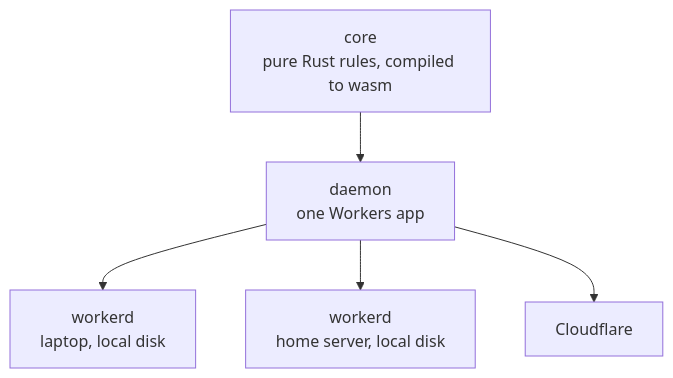
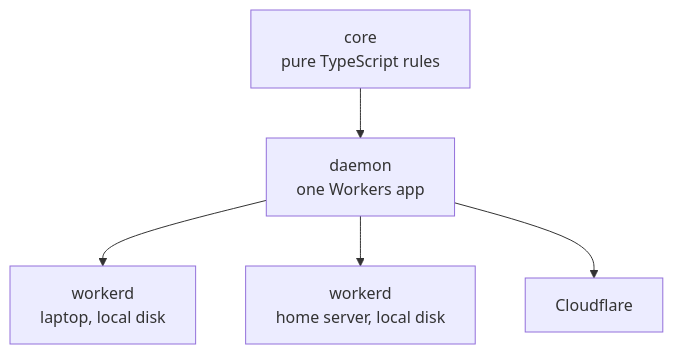
One commit to StevenJPx2/workhorse changed the first of 2 diagrams in daemon/docs/architecture.md. Above: the diagram before and after it, drawn with Mermaid. The commit also changed other lines of this file and 1 other file, not shown here.

First line of the commit message:
docs(daemon): TypeScript core in a workerd-only daemon

````diff
--- a/daemon/docs/architecture.md
+++ b/daemon/docs/architecture.md
@@ -7,7 +7,7 @@
 ```mermaid
 flowchart TB
-    Core["core<br/>pure Rust rules, compiled to wasm"] --> Daemon["daemon<br/>one Workers app"]
+    Core["core<br/>pure TypeScript rules"] --> Daemon["daemon<br/>one Workers app"]
     Daemon --> Laptop["workerd<br/>laptop, local disk"]
     Daemon --> Home["workerd<br/>home server, local disk"]
     Daemon --> Cloud["Cloudflare"]
 ```
````
